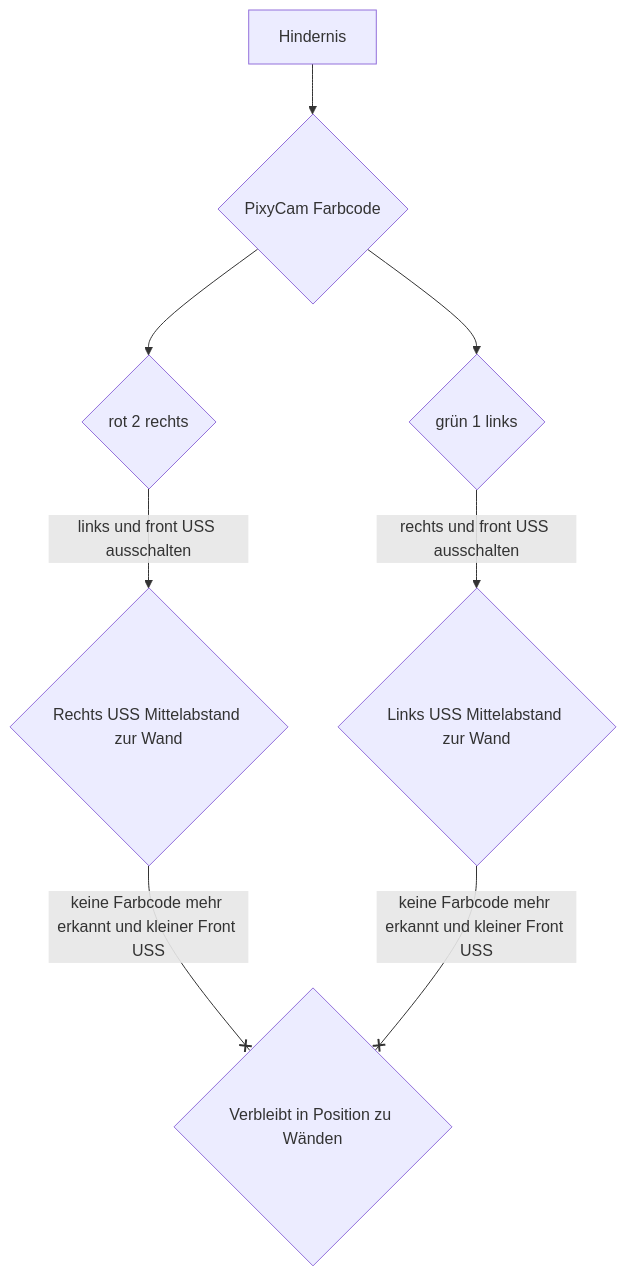
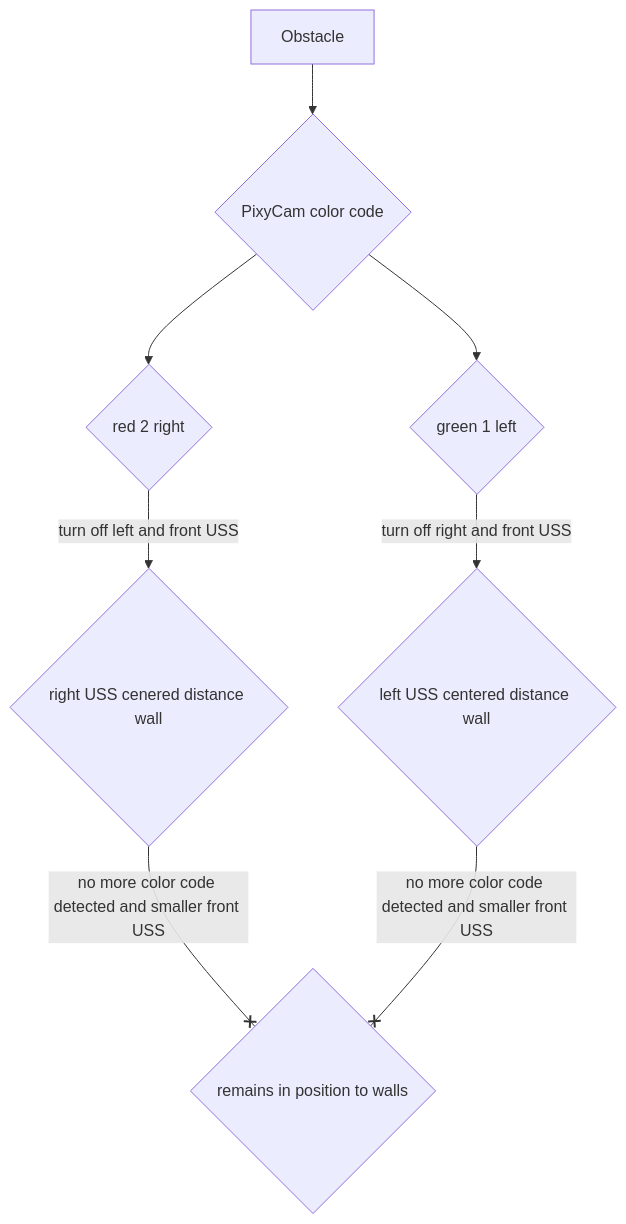
Before and after one commit to SchroedingersBit/PfortGTPanama: the diagram in programming/ObstacleChallenge/README.md, drawn with Mermaid.

````diff
--- a/programming/ObstacleChallenge/README.md
+++ b/programming/ObstacleChallenge/README.md
@@ -6,7 +6,7 @@
 ```mermaid
 flowchart TB;
-Hindernis --> P{PixyCam Farbcode} --> R{rot 2 rechts} & G{grün 1 links};
-R -->|links und front USS ausschalten| RU{Rechts USS Mittelabstand zur Wand};
-G -->|rechts und front USS ausschalten| LU{Links USS Mittelabstand zur Wand};
-RU & LU --x |keine Farbcode mehr erkannt und kleiner Front USS | B{Verbleibt in Position zu Wänden};
+Obstacle --> P{PixyCam color code} --> R{red 2 right} & G{green 1 left};
+R -->|turn off left and front USS| RU{right USS cenered distance wall};
+G -->|turn off right and front USS| LU{left USS centered distance wall};
+RU & LU --x |no more color code detected and smaller front USS | B{remains in position to walls};
 ```
````
